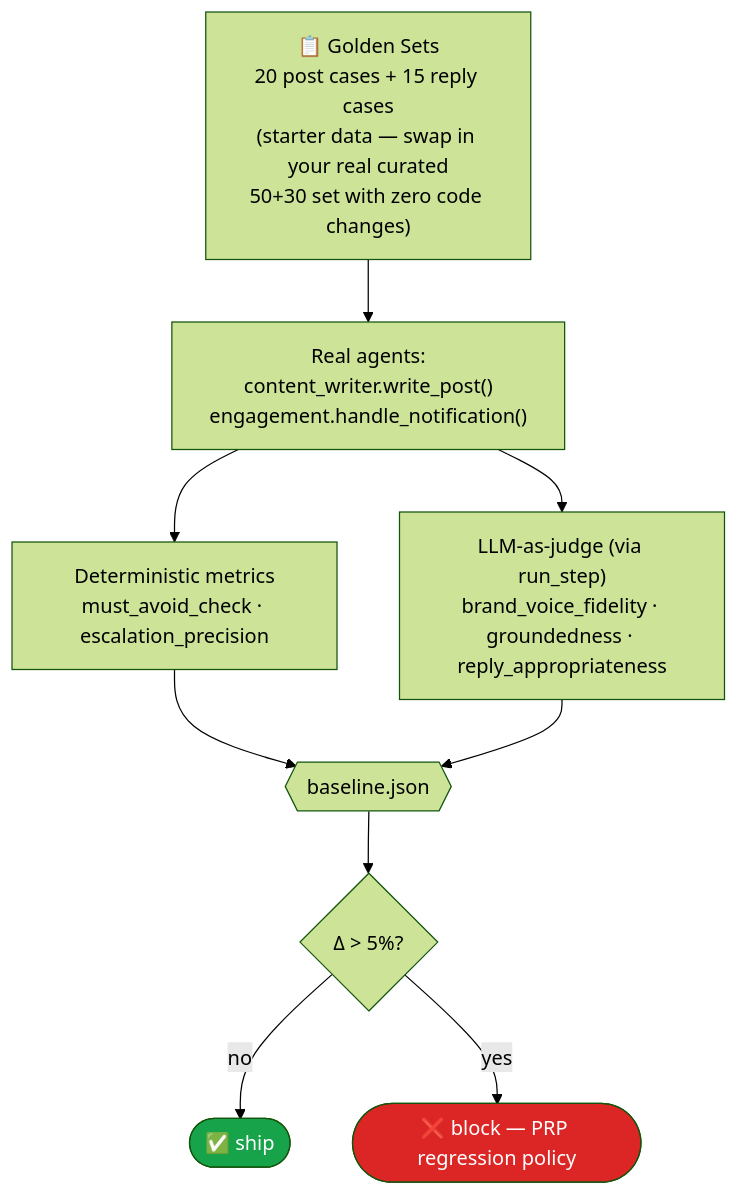
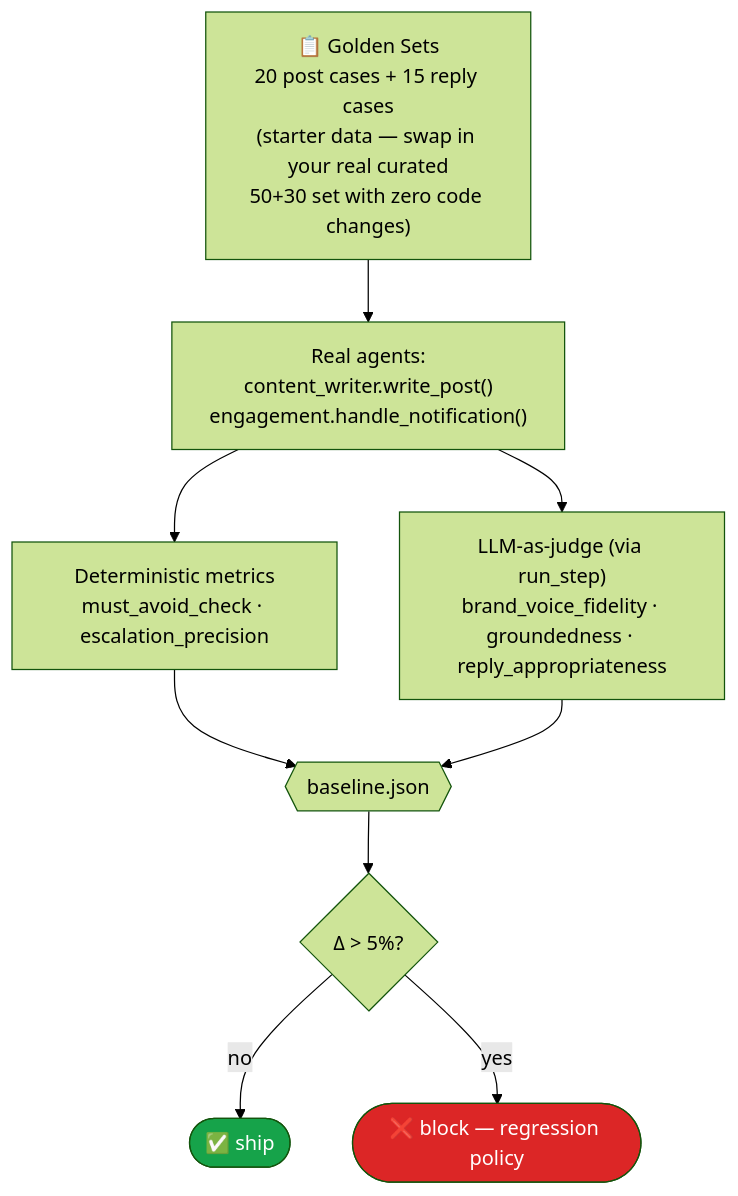
The fifth of 10 diagrams in README.md (codaswin/AI_LinkedIn_manager), drawn with Mermaid (forest theme) before and after one commit. The commit also changed other lines of this file and 89 other files, not shown here.

````diff
--- a/README.md
+++ b/README.md
@@ -393,23 +391,23 @@
 ```mermaid
 flowchart TB
     Golden["📋 Golden Sets<br/>20 post cases + 15 reply cases<br/>(starter data — swap in your real curated<br/>50+30 set with zero code changes)"]
     Agents["Real agents:<br/>content_writer.write_post()<br/>engagement.handle_notification()"]
     Metrics["Deterministic metrics<br/>must_avoid_check · escalation_precision"]
     Judge["LLM-as-judge (via run_step)<br/>brand_voice_fidelity · groundedness · reply_appropriateness"]
     Baseline{{"baseline.json"}}
     Gate{"Δ > 5%?"}
     Pass(["✅ ship"])
-    Fail(["❌ block — PRP regression policy"])
+    Fail(["❌ block — regression policy"])
 
     Golden --> Agents
     Agents --> Metrics
     Agents --> Judge
     Metrics --> Baseline
     Judge --> Baseline
     Baseline --> Gate
     Gate -->|no| Pass
     Gate -->|yes| Fail
 
     style Fail fill:#dc2626,color:#fff
     style Pass fill:#16a34a,color:#fff
 ```
````
